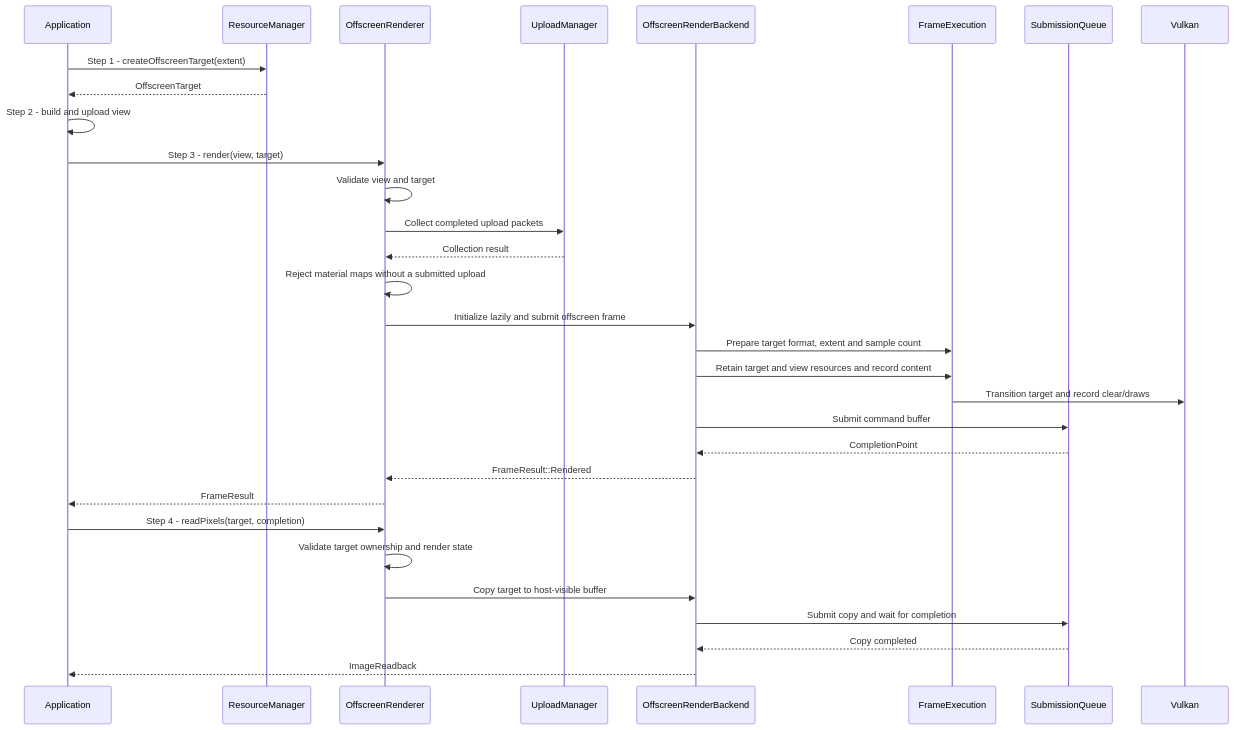
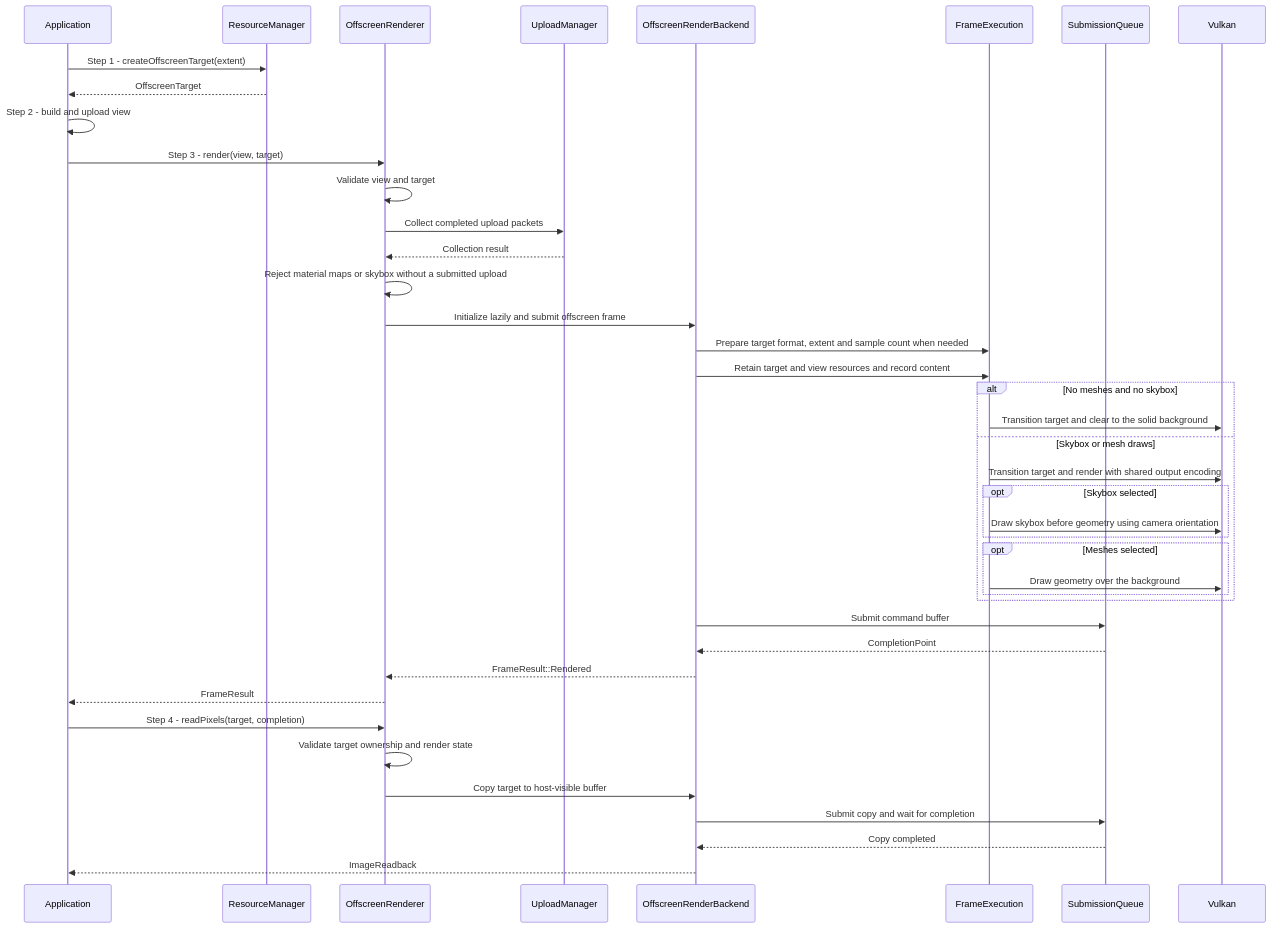
Before and after one commit to a-soltysik/Panda: the diagram in docs/use-cases/render-offscreen-view.md, drawn with Mermaid. The commit also changed other lines of this file and 66 other files, not shown here.

````diff
--- a/docs/use-cases/render-offscreen-view.md
+++ b/docs/use-cases/render-offscreen-view.md
@@ -38,33 +40,43 @@
 ```mermaid
 sequenceDiagram
     participant A as Application
     participant M as ResourceManager
     participant R as OffscreenRenderer
     participant U as UploadManager
     participant O as OffscreenRenderBackend
     participant E as FrameExecution
     participant Q as SubmissionQueue
     participant V as Vulkan
     A->>M: Step 1 - createOffscreenTarget(extent)
     M-->>A: OffscreenTarget
     A->>A: Step 2 - build and upload view
     A->>R: Step 3 - render(view, target)
     R->>R: Validate view and target
     R->>U: Collect completed upload packets
     U-->>R: Collection result
-    R->>R: Reject material maps without a submitted upload
+    R->>R: Reject material maps or skybox without a submitted upload
     R->>O: Initialize lazily and submit offscreen frame
-    O->>E: Prepare target format, extent and sample count
+    O->>E: Prepare target format, extent and sample count when needed
     O->>E: Retain target and view resources and record content
-    E->>V: Transition target and record clear/draws
+    alt No meshes and no skybox
+        E->>V: Transition target and clear to the solid background
+    else Skybox or mesh draws
+        E->>V: Transition target and render with shared output encoding
+        opt Skybox selected
+            E->>V: Draw skybox before geometry using camera orientation
+        end
+        opt Meshes selected
+            E->>V: Draw geometry over the background
+        end
+    end
     O->>Q: Submit command buffer
     Q-->>O: CompletionPoint
     O-->>R: FrameResult::Rendered
     R-->>A: FrameResult
     A->>R: Step 4 - readPixels(target, completion)
     R->>R: Validate target ownership and render state
     R->>O: Copy target to host-visible buffer
     O->>Q: Submit copy and wait for completion
     Q-->>O: Copy completed
     O-->>A: ImageReadback
 ```
````
